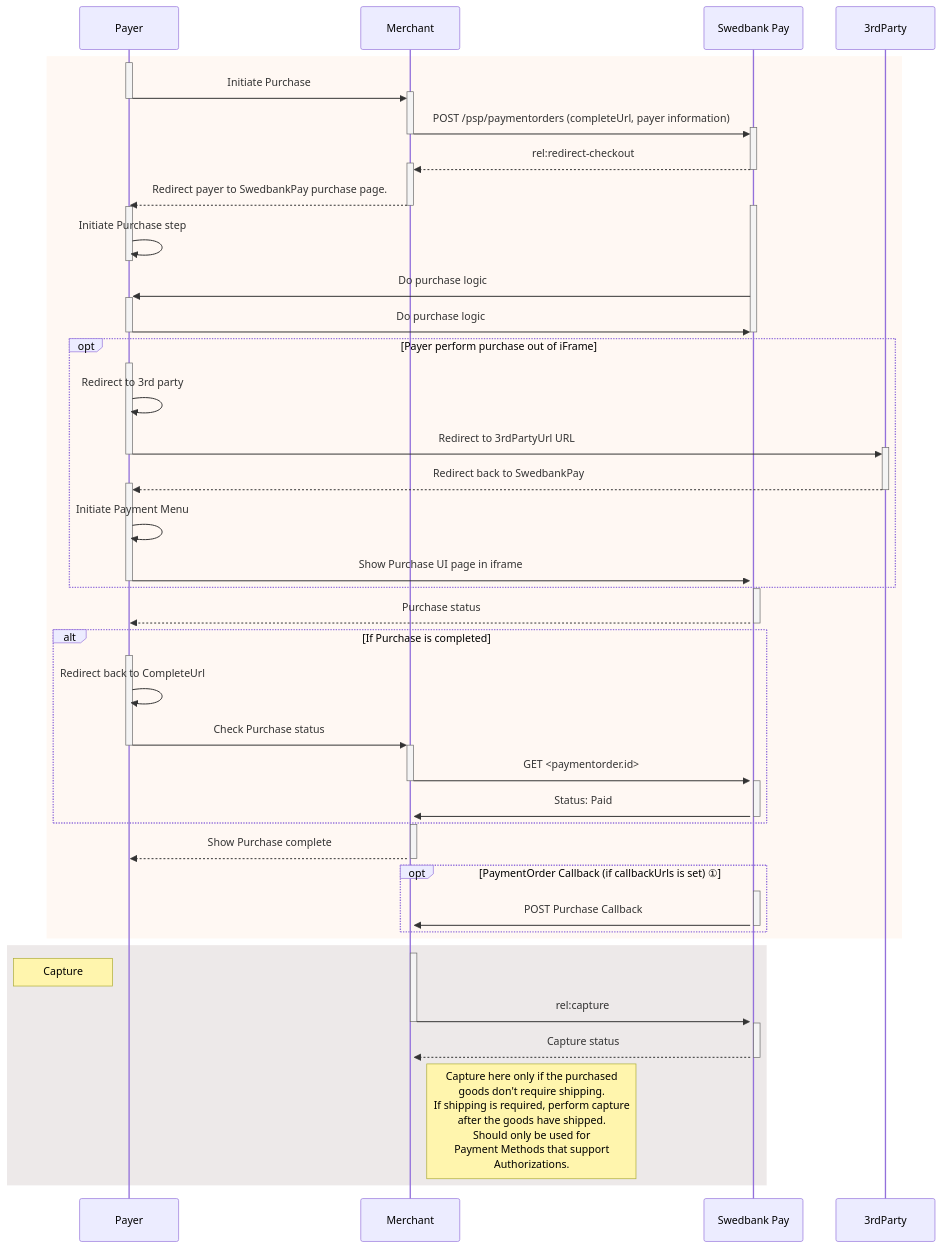
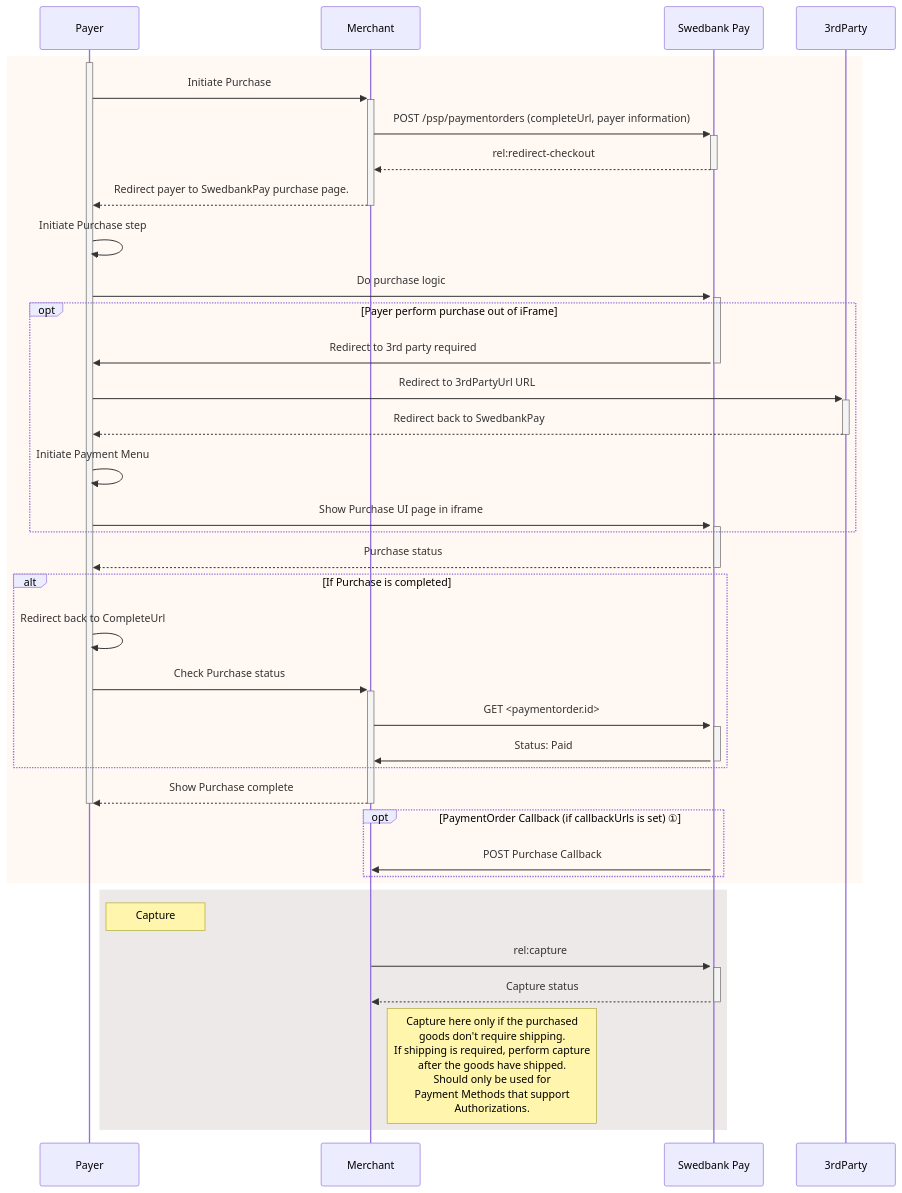
The diagram in checkout-v3/get-started/display-payment-ui/redirect.md (SwedbankPay/developer.swedbankpay.com), drawn with Mermaid before and after one commit. The commit also changed other lines of this file, not shown here.

Commit message:
ESY-7634: Updated diagram to better describe the flow as it is today

````diff
--- a/checkout-v3/get-started/display-payment-ui/redirect.md
+++ b/checkout-v3/get-started/display-payment-ui/redirect.md
@@ -52,71 +55,49 @@
 ```mermaid
 sequenceDiagram
-    participant Payer
-    participant Merchant
-    participant SwedbankPay as Swedbank Pay
-    participant 3rdParty
+participant Payer
+participant Merchant
+participant SwedbankPay as Swedbank Pay
+participant 3rdParty
 
-        rect rgba(238, 112, 35, 0.05)
-            activate Payer
-            Payer ->>+ Merchant: Initiate Purchase
-            deactivate Payer
-            Merchant ->>+ SwedbankPay: POST /psp/paymentorders (completeUrl, payer information)
-            deactivate Merchant
-            SwedbankPay -->>+ Merchant: rel:redirect-checkout
-            deactivate SwedbankPay
-            Merchant -->>- Payer: Redirect payer to SwedbankPay purchase page.
+rect rgba(238, 112, 35, 0.05)
+    activate Payer
+    Payer ->>+ Merchant: Initiate Purchase
+    Merchant ->>+ SwedbankPay: POST /psp/paymentorders (completeUrl, payer information)
+    SwedbankPay -->>- Merchant: rel:redirect-checkout
+    Merchant -->>- Payer: Redirect payer to SwedbankPay purchase page.
+    Payer ->> Payer: Initiate Purchase step
+    Payer ->>+ SwedbankPay: Do purchase logic
     activate SwedbankPay
-    activate Payer
-    Payer ->> Payer: Initiate Purchase step
 
+    opt Payer perform purchase out of iFrame
+        SwedbankPay ->>- Payer: Redirect to 3rd party required
+        Payer ->>+ 3rdParty: Redirect to 3rdPartyUrl URL
+        3rdParty -->>- Payer: Redirect back to SwedbankPay
+        Payer ->> Payer: Initiate Payment Menu
+        Payer ->>+ SwedbankPay: Show Purchase UI page in iframe
+    end
+
+    SwedbankPay -->>- Payer: Purchase status
+
+    alt If Purchase is completed
+        Payer ->> Payer: Redirect back to CompleteUrl
+        Payer ->>+ Merchant: Check Purchase status
+        Merchant ->>+ SwedbankPay: GET <paymentorder.id>
+        SwedbankPay ->>- Merchant: Status: Paid
+    end
+
+    Merchant -->>- Payer: Show Purchase complete
     deactivate Payer
-    SwedbankPay ->>+ Payer: Do purchase logic
-    Payer ->> SwedbankPay: Do purchase logic
-    deactivate Payer
-    deactivate SwedbankPay
 
-                    opt Payer perform purchase out of iFrame
-                    activate Payer
-                    Payer ->> Payer: Redirect to 3rd party
-                    Payer ->>+ 3rdParty: Redirect to 3rdPartyUrl URL
-                    deactivate Payer
-                    3rdParty -->>+ Payer: Redirect back to SwedbankPay
-                    deactivate 3rdParty
-                    Payer ->> Payer: Initiate Payment Menu
-                    Payer ->>+ SwedbankPay: Show Purchase UI page in iframe
-                    deactivate Payer
-                end
+    opt PaymentOrder Callback (if callbackUrls is set) ①
+        SwedbankPay ->> Merchant: POST Purchase Callback
+    end
+end
 
-                activate SwedbankPay
-                SwedbankPay -->> Payer: Purchase status
-                deactivate SwedbankPay
-
-            alt If Purchase is completed
-            activate Payer
-            Payer ->> Payer: Redirect back to CompleteUrl
-            Payer ->>+ Merchant: Check Purchase status
-            deactivate Payer
-            Merchant ->>+ SwedbankPay: GET <paymentorder.id>
-            deactivate Merchant
-            SwedbankPay ->>+ Merchant: Status: Paid
-            deactivate SwedbankPay
-            end
-
-activate Merchant
-Merchant -->>- Payer: Show Purchase complete
-         opt PaymentOrder Callback (if callbackUrls is set) ①
-                activate SwedbankPay
-                SwedbankPay ->> Merchant: POST Purchase Callback
-                deactivate SwedbankPay
-         end
-         end
-
-    rect rgba(81,43,43,0.1)
-        activate Merchant
-        note left of Payer: Capture
-        Merchant ->>+ SwedbankPay: rel:capture
-        deactivate Merchant
-        SwedbankPay -->>- Merchant: Capture status
-        note right of Merchant: Capture here only if the purchased<br/>goods don't require shipping.<br/>If shipping is required, perform capture<br/>after the goods have shipped.<br>Should only be used for <br>Payment Methods that support <br>Authorizations.
-        end
+rect rgba(81,43,43,0.1)
+    note right of Payer: Capture
+    Merchant ->>+ SwedbankPay: rel:capture
+    SwedbankPay -->>- Merchant: Capture status
+    note right of Merchant: Capture here only if the purchased<br/>goods don't require shipping.<br/>If shipping is required, perform capture<br/>after the goods have shipped.<br>Should only be used for <br>Payment Methods that support <br>Authorizations.
+end
 ```
````
